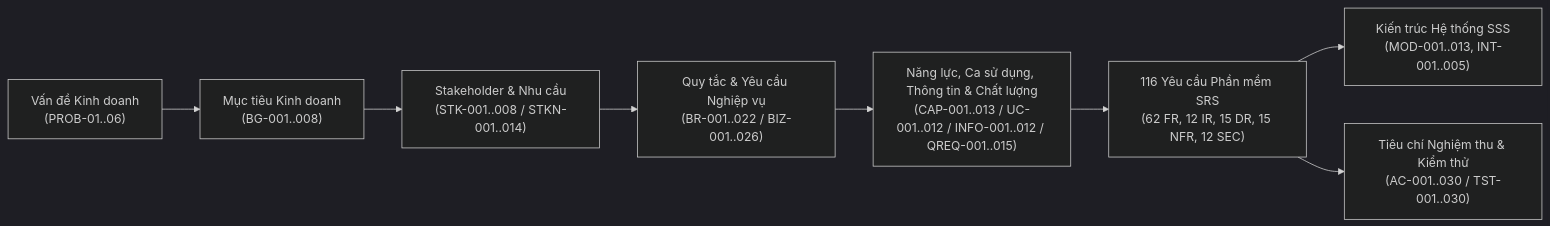
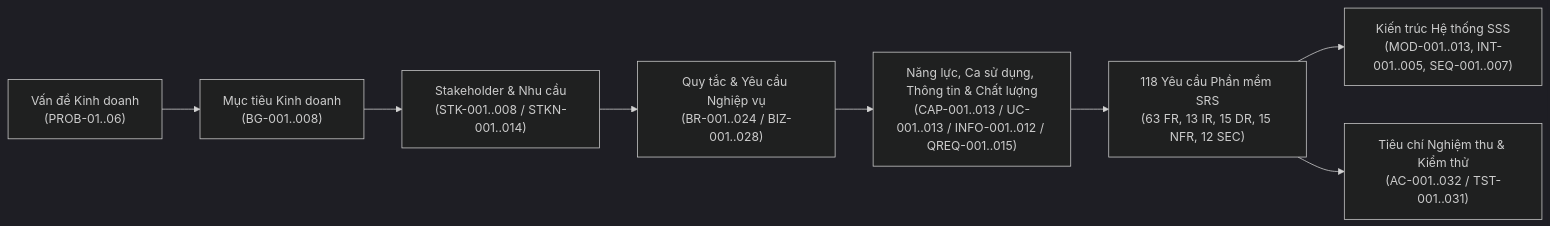
The diagram in docs/requirements/rds/REQUIREMENTS_TRACEABILITY.md (TxRyeSayNo/AI-Assisted-BizFlow-Platform), drawn with Mermaid (dark theme) before and after one commit. The commit also changed other lines of this file and 53 other files, not shown here.

Commit message:
feat: initialize backend domain models, api controllers, and system architecture specifications for BizFlow platform

````diff
--- a/docs/requirements/rds/REQUIREMENTS_TRACEABILITY.md
+++ b/docs/requirements/rds/REQUIREMENTS_TRACEABILITY.md
@@ -16,10 +16,10 @@
 ```mermaid
 flowchart LR
     P["Vấn đề Kinh doanh<br/>(PROB-01..06)"] --> BG["Mục tiêu Kinh doanh<br/>(BG-001..008)"]
     BG --> STKN["Stakeholder & Nhu cầu<br/>(STK-001..008 / STKN-001..014)"]
-    STKN --> BIZ["Quy tắc & Yêu cầu Nghiệp vụ<br/>(BR-001..022 / BIZ-001..026)"]
-    BIZ --> CAP["Năng lực, Ca sử dụng, Thông tin & Chất lượng<br/>(CAP-001..013 / UC-001..012 / INFO-001..012 / QREQ-001..015)"]
-    CAP --> SRS["116 Yêu cầu Phần mềm SRS<br/>(62 FR, 12 IR, 15 DR, 15 NFR, 12 SEC)"]
-    SRS --> SSS["Kiến trúc Hệ thống SSS<br/>(MOD-001..013, INT-001..005)"]
-    SRS --> AC["Tiêu chí Nghiệm thu & Kiểm thử<br/>(AC-001..030 / TST-001..030)"]
+    STKN --> BIZ["Quy tắc & Yêu cầu Nghiệp vụ<br/>(BR-001..024 / BIZ-001..028)"]
+    BIZ --> CAP["Năng lực, Ca sử dụng, Thông tin & Chất lượng<br/>(CAP-001..013 / UC-001..013 / INFO-001..012 / QREQ-001..015)"]
+    CAP --> SRS["118 Yêu cầu Phần mềm SRS<br/>(63 FR, 13 IR, 15 DR, 15 NFR, 12 SEC)"]
+    SRS --> SSS["Kiến trúc Hệ thống SSS<br/>(MOD-001..013, INT-001..005, SEQ-001..007)"]
+    SRS --> AC["Tiêu chí Nghiệm thu & Kiểm thử<br/>(AC-001..032 / TST-001..031)"]
 ```
````
